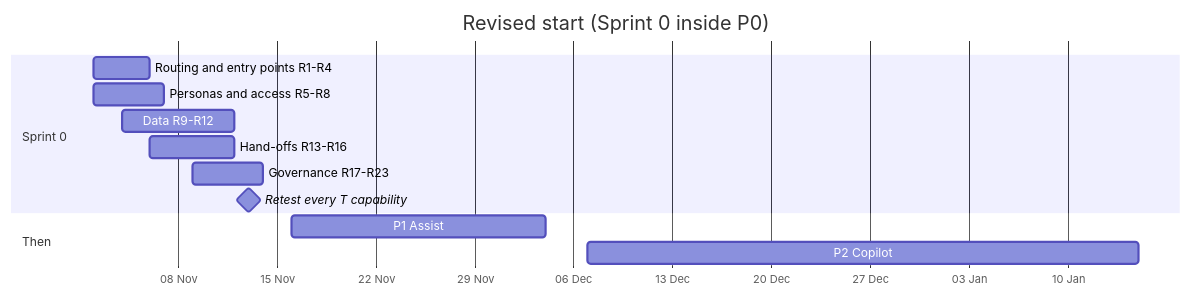
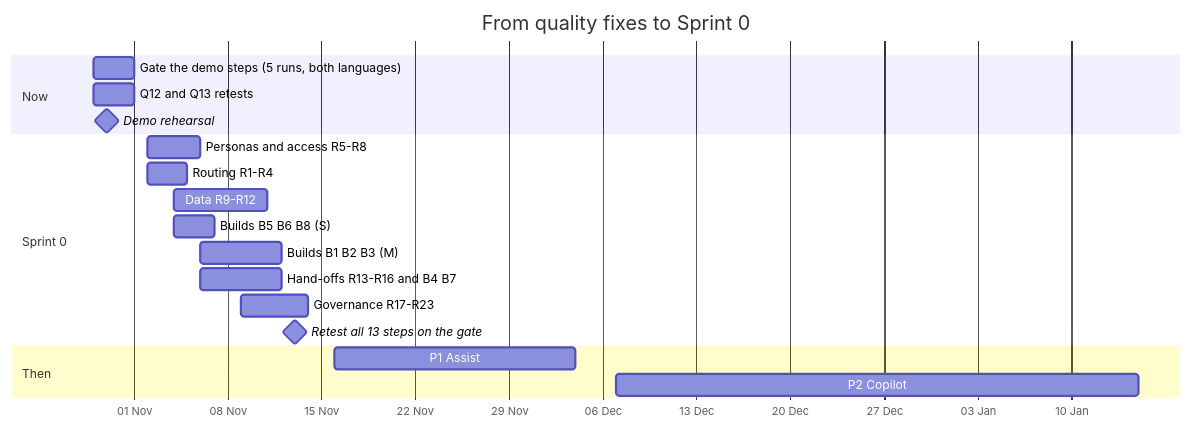
One commit to caabayfe/agenticsn changed the second of 2 diagrams in docs/reports/autonomous-it-everis2/capabilities/60-real-plan.md. Above: the diagram before and after it, drawn with Mermaid. The commit also changed other lines of this file, not shown here.

First line of the commit message:
docs(ait): real plan updated with the 29 October status, builds B1-B8 and the next steps

````diff
--- a/docs/reports/autonomous-it-everis2/capabilities/60-real-plan.md
+++ b/docs/reports/autonomous-it-everis2/capabilities/60-real-plan.md
@@ -134,16 +152,22 @@
 ```mermaid
 gantt
-  title Revised start (Sprint 0 inside P0)
+  title From quality fixes to Sprint 0
   dateFormat YYYY-MM-DD
   axisFormat %d %b
+  section Now
+  Gate the demo steps (5 runs, both languages)  :g1, 2026-10-29, 3d
+  Q12 and Q13 retests                           :g2, 2026-10-29, 3d
+  Demo rehearsal                                :milestone, m0, 2026-10-30, 0d
   section Sprint 0
-  Routing and entry points R1-R4   :s1, 2026-11-02, 4d
-  Personas and access R5-R8        :s2, 2026-11-02, 5d
-  Data R9-R12                      :s3, 2026-11-04, 8d
-  Hand-offs R13-R16                :s4, 2026-11-06, 6d
-  Governance R17-R23               :s5, 2026-11-09, 5d
-  Retest every T capability        :milestone, m1, 2026-11-13, 0d
+  Personas and access R5-R8                     :s2, 2026-11-02, 4d
+  Routing R1-R4                                 :s1, 2026-11-02, 3d
+  Data R9-R12                                   :s3, 2026-11-04, 7d
+  Builds B5 B6 B8 (S)                           :b1, 2026-11-04, 3d
+  Builds B1 B2 B3 (M)                           :b2, 2026-11-06, 6d
+  Hand-offs R13-R16 and B4 B7                   :s4, 2026-11-06, 6d
+  Governance R17-R23                            :s5, 2026-11-09, 5d
+  Retest all 13 steps on the gate               :milestone, m1, 2026-11-13, 0d
   section Then
-  P1 Assist                        :p1, 2026-11-16, 2026-12-04
-  P2 Copilot                       :p2, 2026-12-07, 2027-01-15
+  P1 Assist                                     :p1, 2026-11-16, 2026-12-04
+  P2 Copilot                                    :p2, 2026-12-07, 2027-01-15
 ```
````
